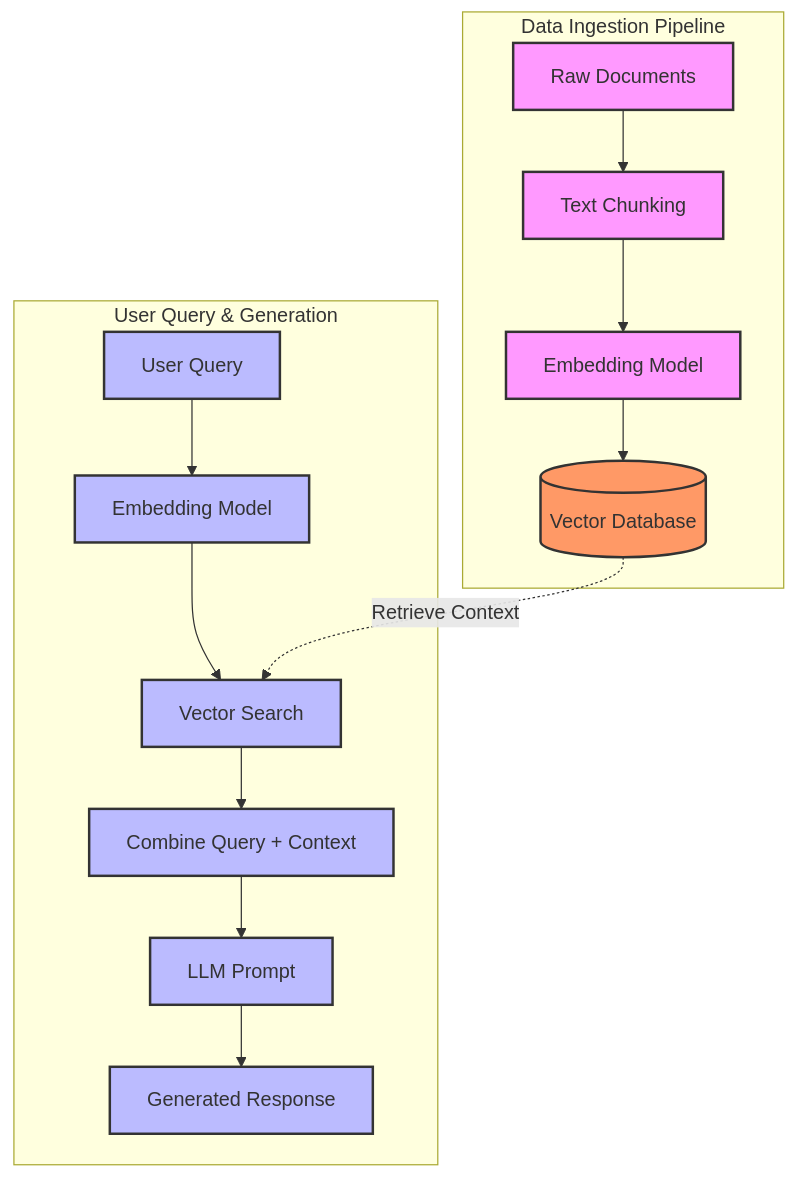
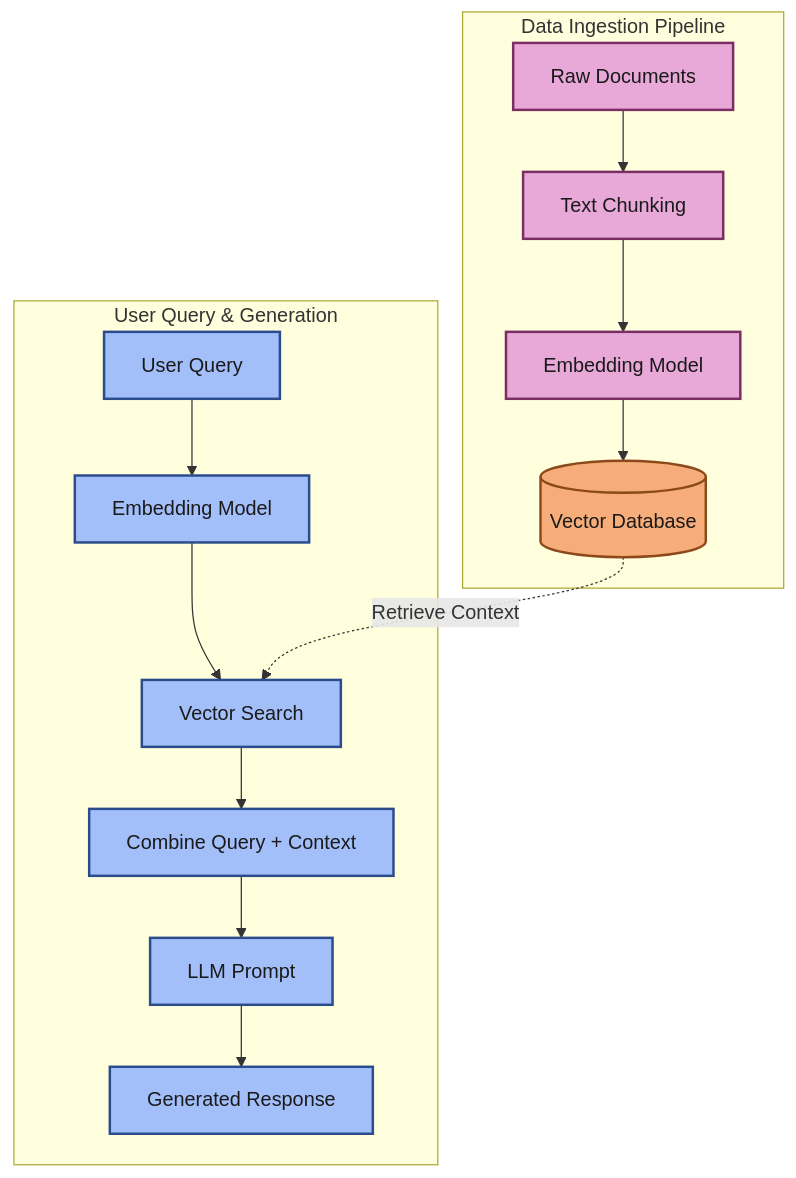
One commit to Last-Mile-Health-DH/Senior-Full-Stack-Engineer-Skills-Assessment changed the second of 4 diagrams in README.md. Above: the diagram before and after it, drawn with Mermaid. The commit also changed other lines of this file, not shown here.

Commit message:
updating Readme mermaid colors

````diff
--- a/README.md
+++ b/README.md
@@ -178,33 +178,33 @@
 ```mermaid
 flowchart TD
     %% Styling Definitions
-    classDef ingestion fill:#f9f,stroke:#333,stroke-width:2px;
-    classDef query fill:#bbf,stroke:#333,stroke-width:2px;
-    classDef storage fill:#f96,stroke:#333,stroke-width:2px;
+    classDef ingestion fill:#e8a8d8,stroke:#7a2e64,stroke-width:2px,color:#1a1a1a;
+    classDef query fill:#a3bffa,stroke:#2b4c8c,stroke-width:2px,color:#1a1a1a;
+    classDef storage fill:#f6ad7a,stroke:#8c4a1a,stroke-width:2px,color:#1a1a1a;
 
     %% Ingestion Phase (Data Preparation)
     subgraph Ingestion_Phase [Data Ingestion Pipeline]
         A[Raw Documents] --> B[Text Chunking]
         B --> C[Embedding Model]
         C --> D[(Vector Database)]
     end
 
     %% Query Phase (Retrieval & Generation)
     subgraph Query_Phase [User Query & Generation]
         E[User Query] --> F[Embedding Model]
         F --> G[Vector Search]
         
         %% Database Retrieval
         D -.-> |Retrieve Context| G
         
         G --> H[Combine Query + Context]
         H --> I[LLM Prompt]
         I --> J[Generated Response]
     end
 
     %% Apply Styles
     class A,B,C ingestion;
     class E,F,G,H,I,J query;
     class D storage;
 
 ```
````
